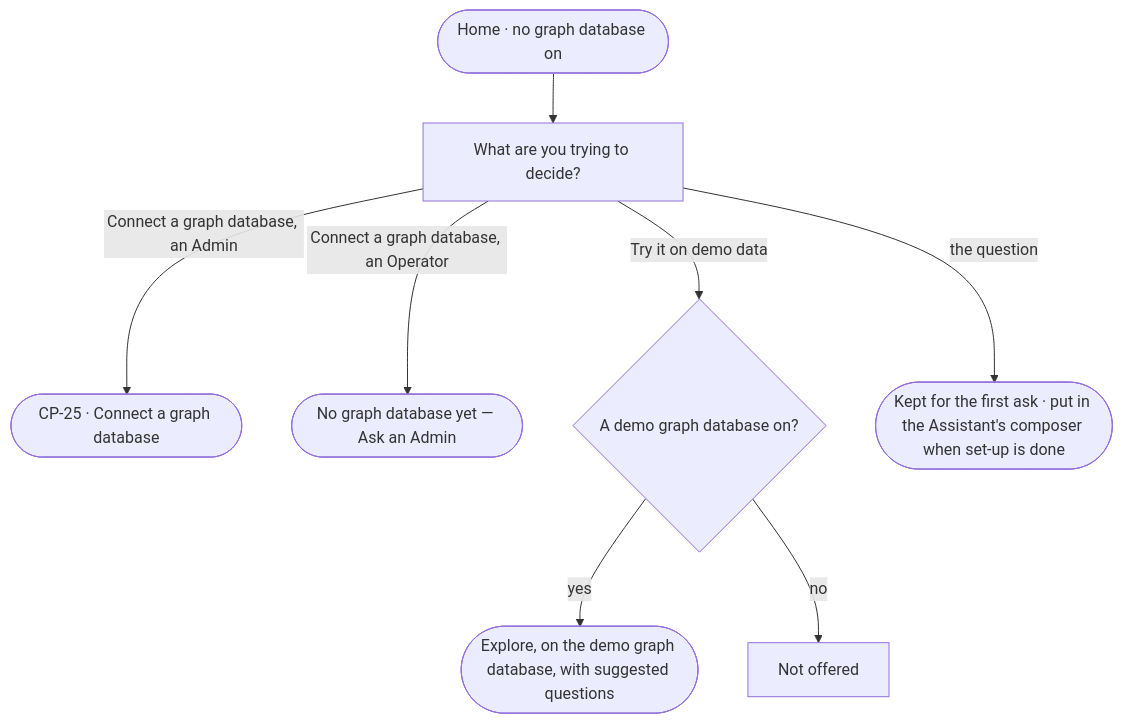
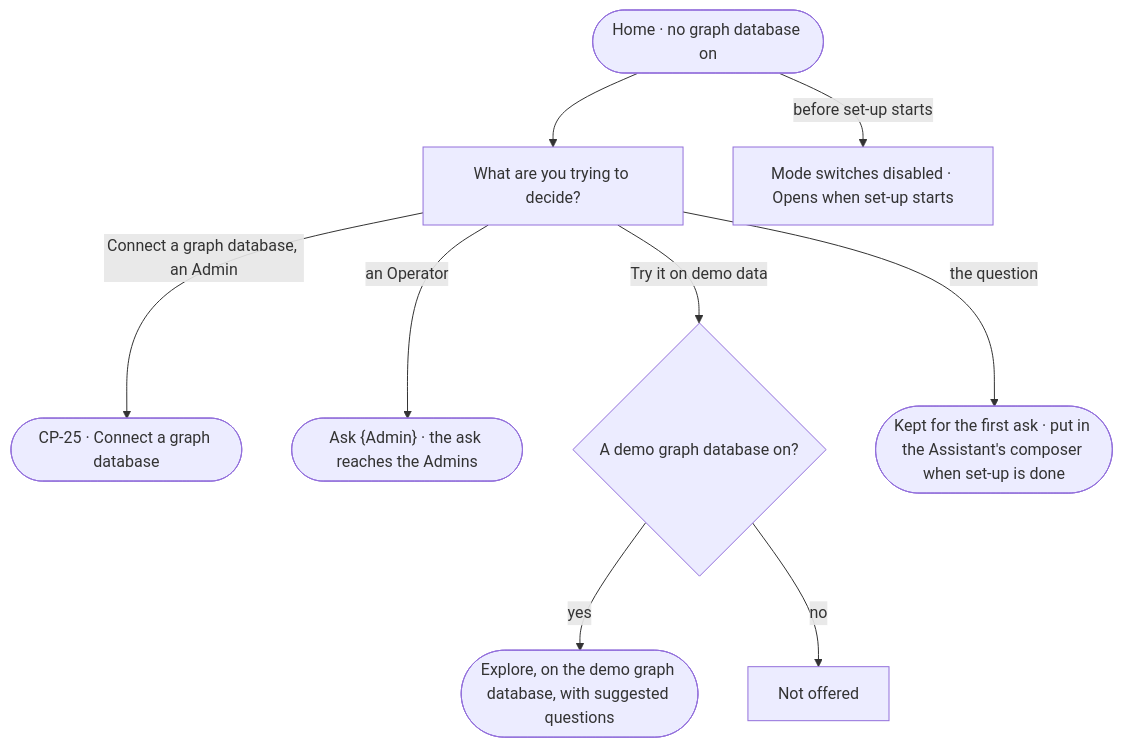
Before and after one commit to invana/invana: the diagram in specs/os/control/features/CP-F05-graph-databases/stories/CP-22-start-a-fresh-deployment-from-a-question/story.md, drawn with Mermaid. The commit also changed other lines of this file and 106 other files, not shown here.

````diff
--- a/specs/os/control/features/CP-F05-graph-databases/stories/CP-22-start-a-fresh-deployment-from-a-question/story.md
+++ b/specs/os/control/features/CP-F05-graph-databases/stories/CP-22-start-a-fresh-deployment-from-a-question/story.md
@@ -26,10 +26,11 @@
 ```mermaid
 flowchart TD
   h([Home · no graph database on]) --> q["What are you trying to decide?"]
   q -->|Connect a graph database, an Admin| cg(["CP-25 · Connect a graph database"])
-  q -->|Connect a graph database, an Operator| ask(["No graph database yet — Ask an Admin"])
+  q -->|an Operator| ask(["Ask {Admin} · the ask reaches the Admins"])
+  h -->|before set-up starts| lock["Mode switches disabled · Opens when set-up starts"]
   q -->|Try it on demo data| d{"A demo graph database on?"}
   d -->|yes| ex(["Explore, on the demo graph database, with suggested questions"])
   d -->|no| none["Not offered"]
   q -->|the question| keep(["Kept for the first ask · put in the Assistant's composer when set-up is done"])
 ```
````
